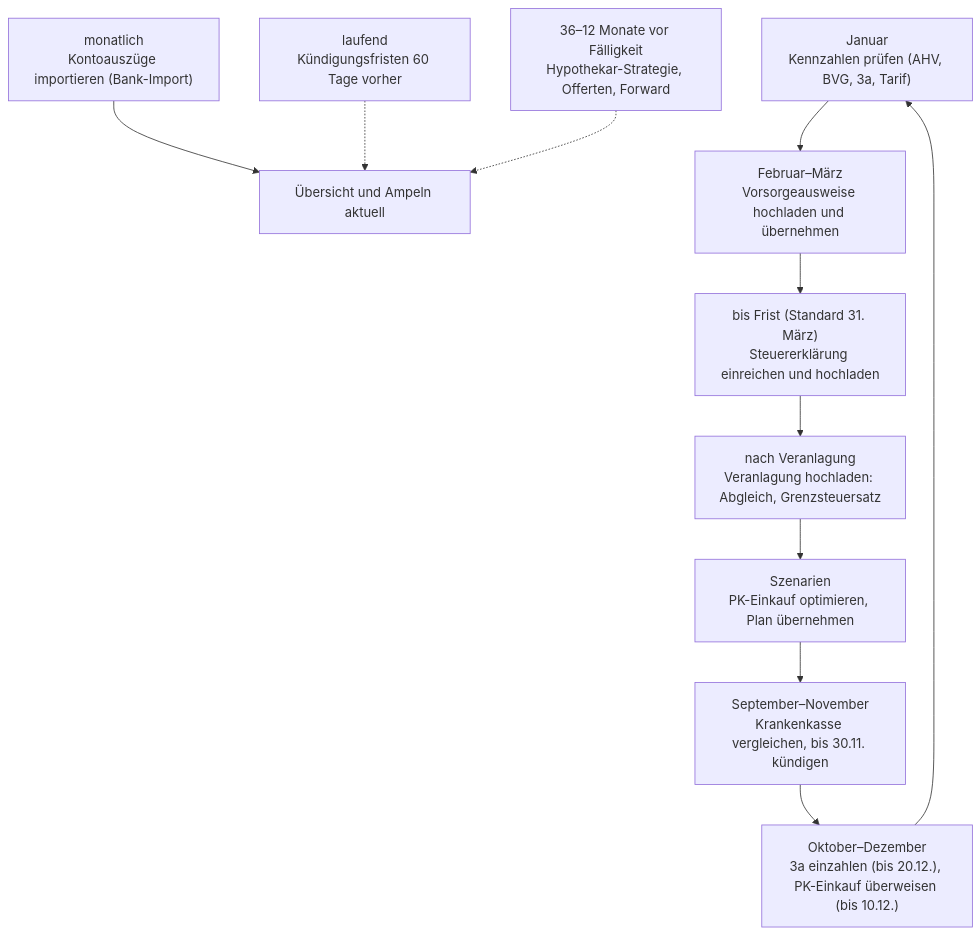
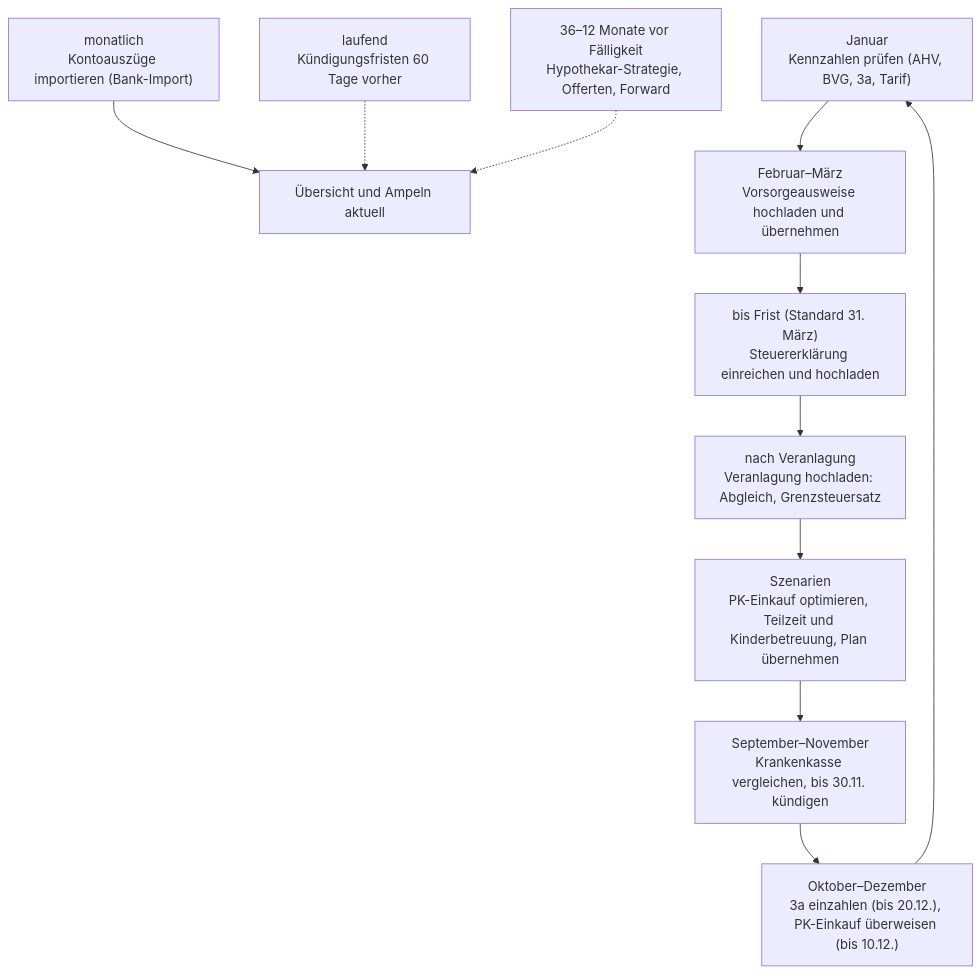
One commit to khu1985/finanz-ha changed the seventh of 7 diagrams in README.md. Above: the diagram before and after it, drawn with Mermaid. The commit also changed other lines of this file and 12 other files, not shown here.

````diff
--- a/README.md
+++ b/README.md
@@ -263,13 +268,13 @@
 ```mermaid
 flowchart TD
     M["monatlich<br/>Kontoauszüge importieren (Bank-Import)"] --> UE["Übersicht und Ampeln aktuell"]
     J["Januar<br/>Kennzahlen prüfen (AHV, BVG, 3a, Tarif)"] --> F
     F["Februar–März<br/>Vorsorgeausweise hochladen und übernehmen"] --> SE
     SE["bis Frist (Standard 31. März)<br/>Steuererklärung einreichen und hochladen"] --> VE
     VE["nach Veranlagung<br/>Veranlagung hochladen: Abgleich, Grenzsteuersatz"] --> SZ
-    SZ["Szenarien<br/>PK-Einkauf optimieren, Plan übernehmen"] --> KV
+    SZ["Szenarien<br/>PK-Einkauf optimieren, Teilzeit und Kinderbetreuung, Plan übernehmen"] --> KV
     KV["September–November<br/>Krankenkasse vergleichen, bis 30.11. kündigen"] --> DZ
     DZ["Oktober–Dezember<br/>3a einzahlen (bis 20.12.), PK-Einkauf überweisen (bis 10.12.)"] --> J
     VT["laufend<br/>Kündigungsfristen 60 Tage vorher"] -.-> UE
     HY["36–12 Monate vor Fälligkeit<br/>Hypothekar-Strategie, Offerten, Forward"] -.-> UE
 ```
````
